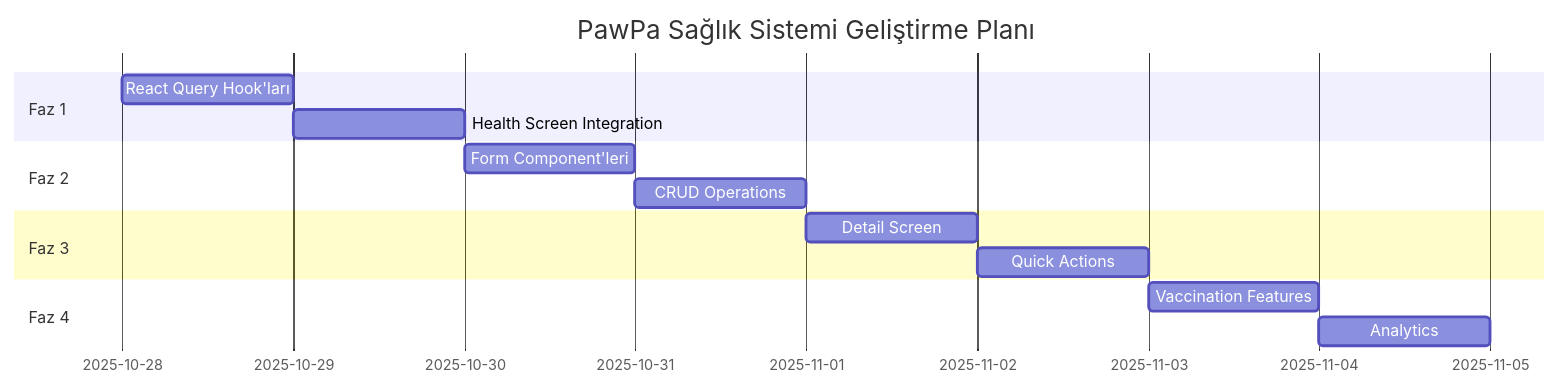
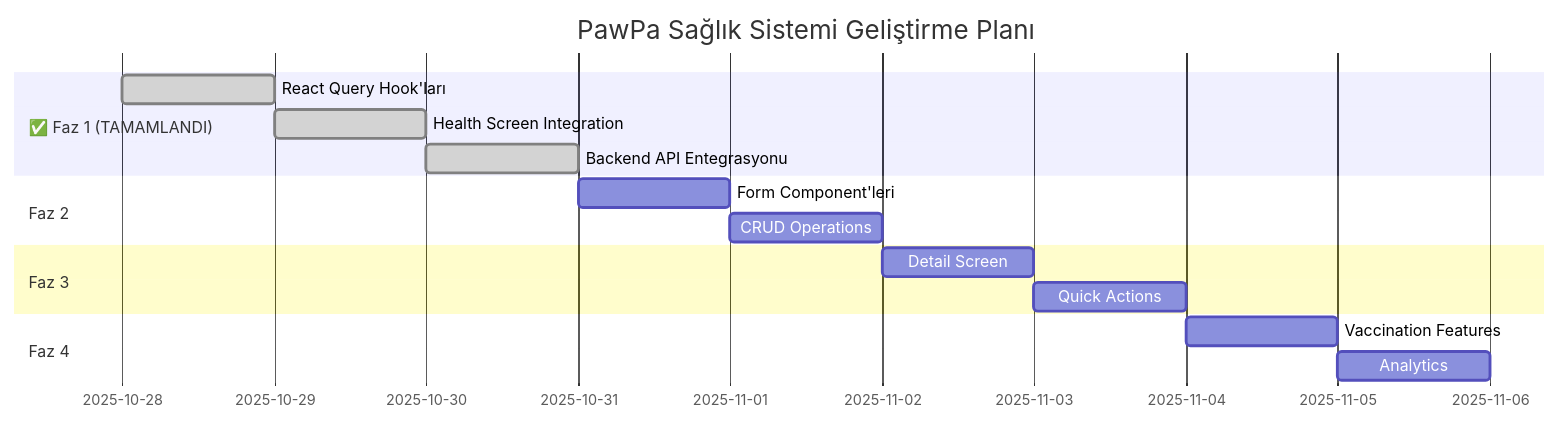
One commit to asugan/pawpa changed the diagram in docs/health-roadmap.md. Above: the diagram before and after it, drawn with Mermaid. The commit also changed other lines of this file and 6 other files, not shown here.

````diff
--- a/docs/health-roadmap.md
+++ b/docs/health-roadmap.md
@@ -143,17 +152,18 @@
 ```mermaid
 gantt
     title PawPa Sağlık Sistemi Geliştirme Planı
     dateFormat  YYYY-MM-DD
-    section Faz 1
-    React Query Hook'ları     :a1, 2025-10-28, 1d
-    Health Screen Integration :a2, after a1, 1d
+    section ✅ Faz 1 (TAMAMLANDI)
+    React Query Hook'ları     :done, a1, 2025-10-28, 1d
+    Health Screen Integration :done, a2, after a1, 0.5d
+    Backend API Entegrasyonu  :done, a3, after a2, 0.5d
     section Faz 2
-    Form Component'leri       :b1, after a2, 1d
+    Form Component'leri       :b1, after a3, 1d
     CRUD Operations          :b2, after b1, 0.5d
     section Faz 3
     Detail Screen            :c1, after b2, 0.5d
     Quick Actions            :c2, after c1, 0.5d
     section Faz 4
     Vaccination Features     :d1, after c2, 1d
     Analytics                :d2, after d1, 1d
 ```
````
